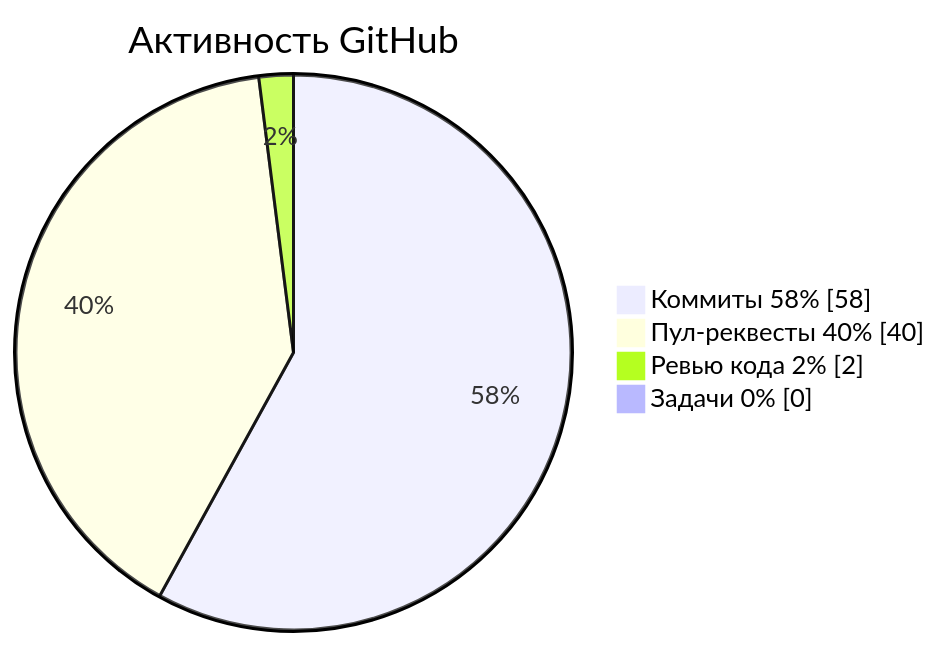
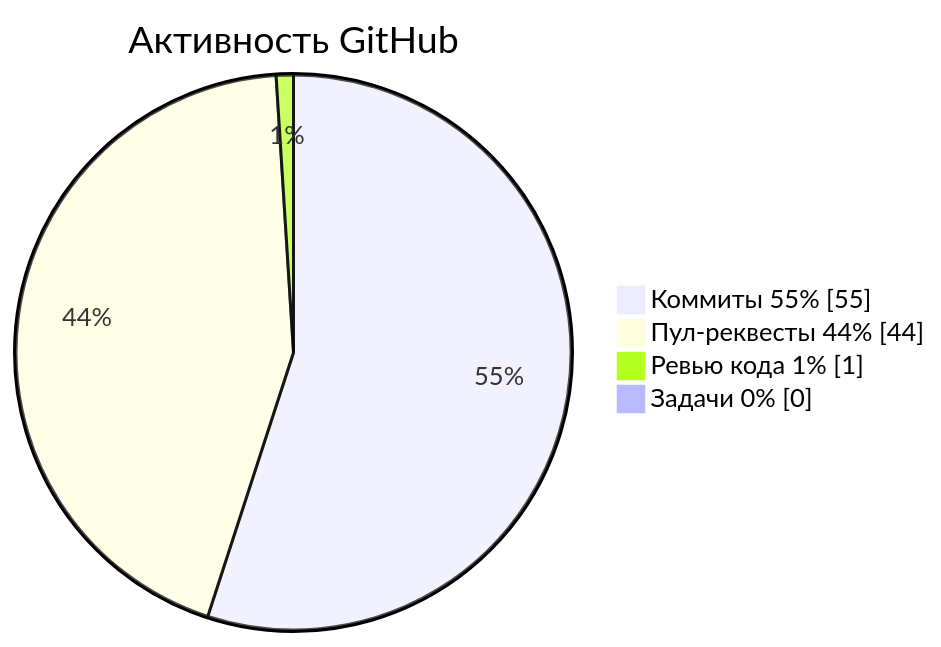
Before and after one commit to krotname/KrotName: the diagram in README.md, drawn with Mermaid. The commit also changed other lines of this file and 1 other file, not shown here.

Commit message:
Update profile metrics

````diff
--- a/README.md
+++ b/README.md
@@ -47,8 +47,8 @@
 ```mermaid
 pie showData
     title Активность GitHub
-    "Коммиты 58%" : 58
-    "Пул-реквесты 40%" : 40
-    "Ревью кода 2%" : 2
+    "Коммиты 55%" : 55
+    "Пул-реквесты 44%" : 44
+    "Ревью кода 1%" : 1
     "Задачи 0%" : 0
 ```
````
